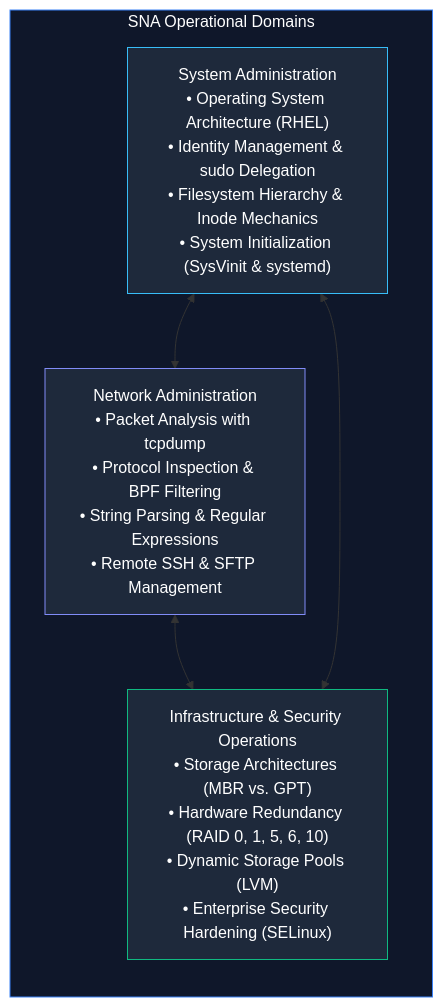
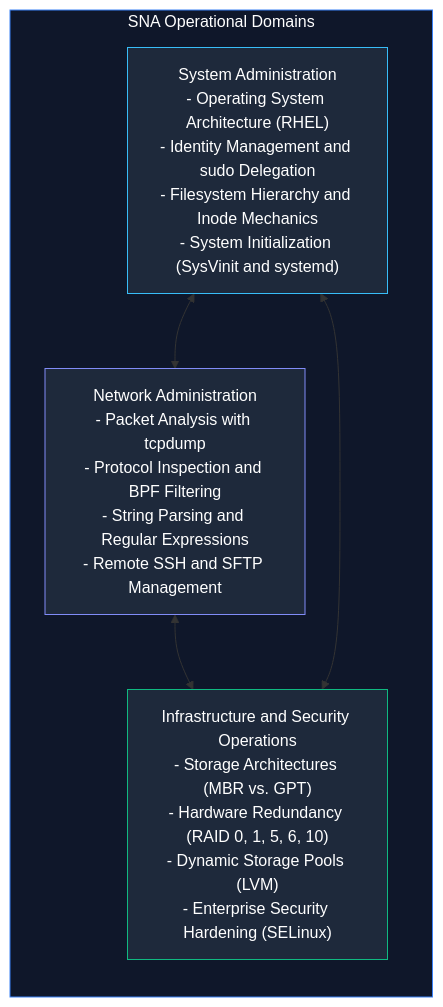
The first of 2 diagrams in System-and-Network-Administrator/README.md (Kashif-Mashi/Blue-Team-Handbook), drawn with Mermaid before and after one commit. The commit also changed other lines of this file and 13 other files, not shown here.

Commit message:
Verification & Fixes: Mermaid Diagrams Across the Repository

````diff
--- a/System-and-Network-Administrator/README.md
+++ b/System-and-Network-Administrator/README.md
@@ -20,18 +20,18 @@
 ```mermaid
 flowchart TD
     subgraph Core["SNA Operational Domains"]
         direction TB
-        SYS["System Administration<br/>• Operating System Architecture (RHEL)<br/>• Identity Management & sudo Delegation<br/>• Filesystem Hierarchy & Inode Mechanics<br/>• System Initialization (SysVinit & systemd)"]
-        NET["Network Administration<br/>• Packet Analysis with tcpdump<br/>• Protocol Inspection & BPF Filtering<br/>• String Parsing & Regular Expressions<br/>• Remote SSH & SFTP Management"]
-        OPS["Infrastructure & Security Operations<br/>• Storage Architectures (MBR vs. GPT)<br/>• Hardware Redundancy (RAID 0, 1, 5, 6, 10)<br/>• Dynamic Storage Pools (LVM)<br/>• Enterprise Security Hardening (SELinux)"]
+        SYS["System Administration<br/>- Operating System Architecture (RHEL)<br/>- Identity Management and sudo Delegation<br/>- Filesystem Hierarchy and Inode Mechanics<br/>- System Initialization (SysVinit and systemd)"]
+        NET["Network Administration<br/>- Packet Analysis with tcpdump<br/>- Protocol Inspection and BPF Filtering<br/>- String Parsing and Regular Expressions<br/>- Remote SSH and SFTP Management"]
+        OPS["Infrastructure and Security Operations<br/>- Storage Architectures (MBR vs. GPT)<br/>- Hardware Redundancy (RAID 0, 1, 5, 6, 10)<br/>- Dynamic Storage Pools (LVM)<br/>- Enterprise Security Hardening (SELinux)"]
     end
 
     SYS <--> NET
     NET <--> OPS
     OPS <--> SYS
 
     style Core fill:#0f172a,stroke:#3b82f6,color:#fff
     style SYS fill:#1e293b,stroke:#38bdf8,color:#fff
     style NET fill:#1e293b,stroke:#818cf8,color:#fff
     style OPS fill:#1e293b,stroke:#10b981,color:#fff
 ```
````
